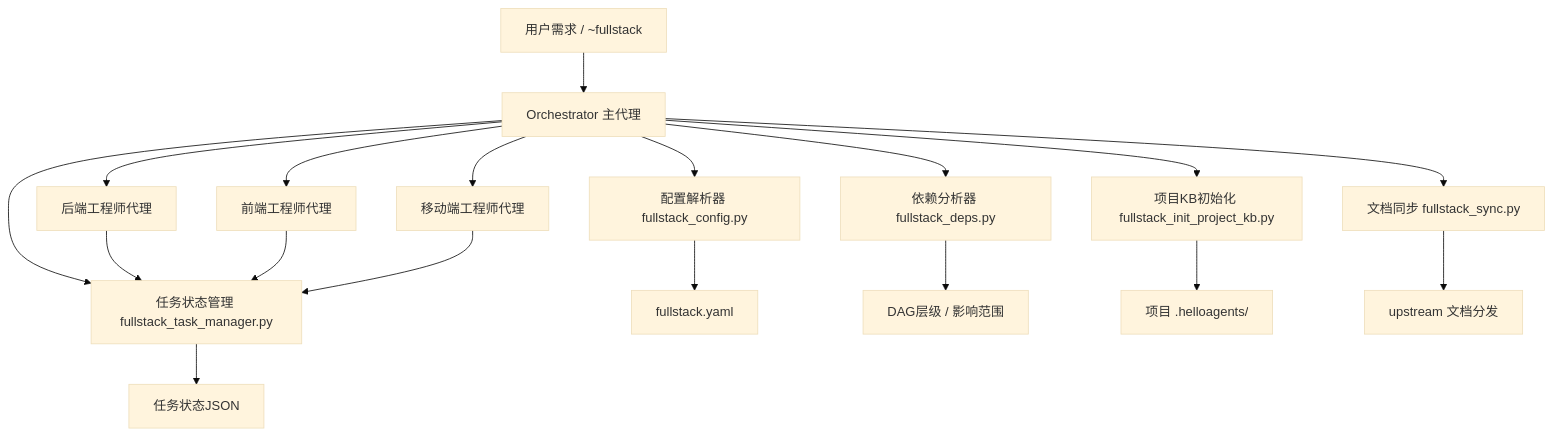
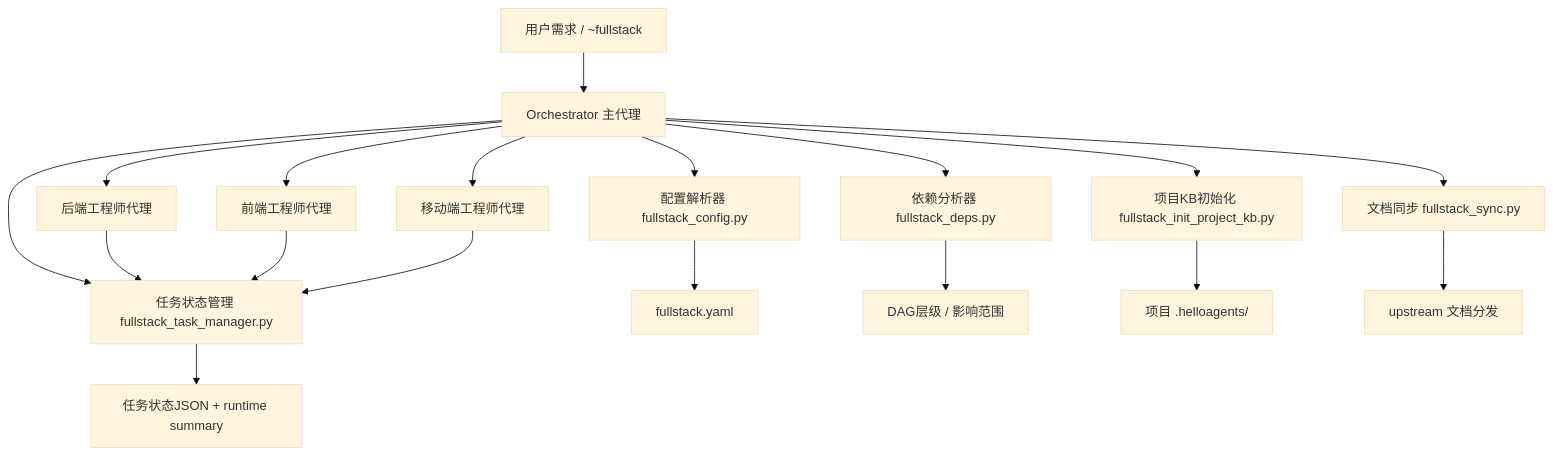
Before and after one commit to sunnyboy23/helloagents: the first of 3 diagrams in docs/fullstack-mode-design.md, drawn with Mermaid (base theme). The commit also changed other lines of this file and 26 other files, not shown here.

````diff
--- a/docs/fullstack-mode-design.md
+++ b/docs/fullstack-mode-design.md
@@ -56,23 +60,23 @@
 ```mermaid
 flowchart TB
     U[用户需求 / ~fullstack] --> O[Orchestrator 主代理]
     O --> C[配置解析器 fullstack_config.py]
     O --> D[依赖分析器 fullstack_deps.py]
     O --> T[任务状态管理 fullstack_task_manager.py]
     O --> K[项目KB初始化 fullstack_init_project_kb.py]
     O --> S[文档同步 fullstack_sync.py]
 
     C --> CFG[fullstack.yaml]
     D --> G[DAG层级 / 影响范围]
-    T --> TS[任务状态JSON]
+    T --> TS[任务状态JSON + runtime summary]
     K --> PKB[项目 .helloagents/]
     S --> API[upstream 文档分发]
 
     O --> E1[后端工程师代理]
     O --> E2[前端工程师代理]
     O --> E3[移动端工程师代理]
 
     E1 --> T
     E2 --> T
     E3 --> T
 ```
````
